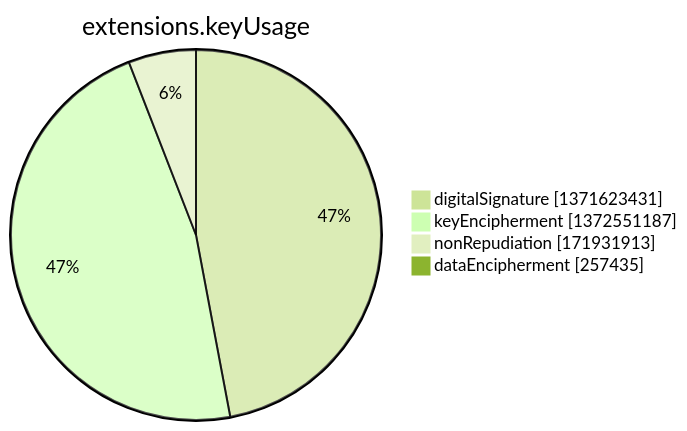
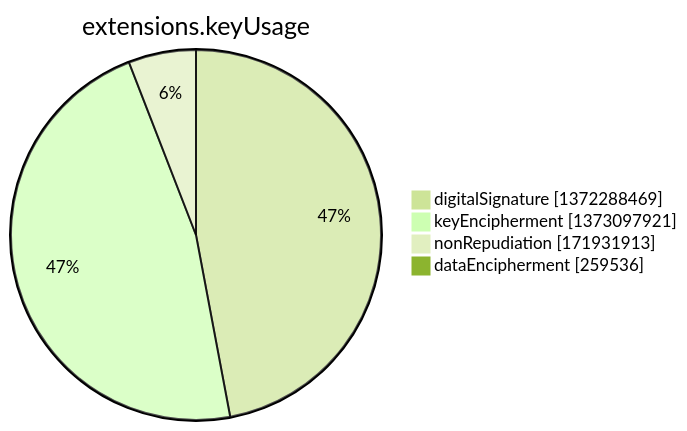
The seventh of 15 diagrams in argon2022/README.md (christiankrug/ctmonitor_visualization), drawn with Mermaid (forest theme) before and after one commit. The commit also changed other lines of this file, not shown here.

````diff
--- a/argon2022/README.md
+++ b/argon2022/README.md
@@ -2751,8 +2751,8 @@
 ```mermaid
 pie showData
 title extensions.keyUsage
-"digitalSignature" :1371623431
-"keyEncipherment" :1372551187
+"digitalSignature" :1372288469
+"keyEncipherment" :1373097921
 "nonRepudiation" :171931913
-"dataEncipherment" :257435
+"dataEncipherment" :259536
 ```
````
